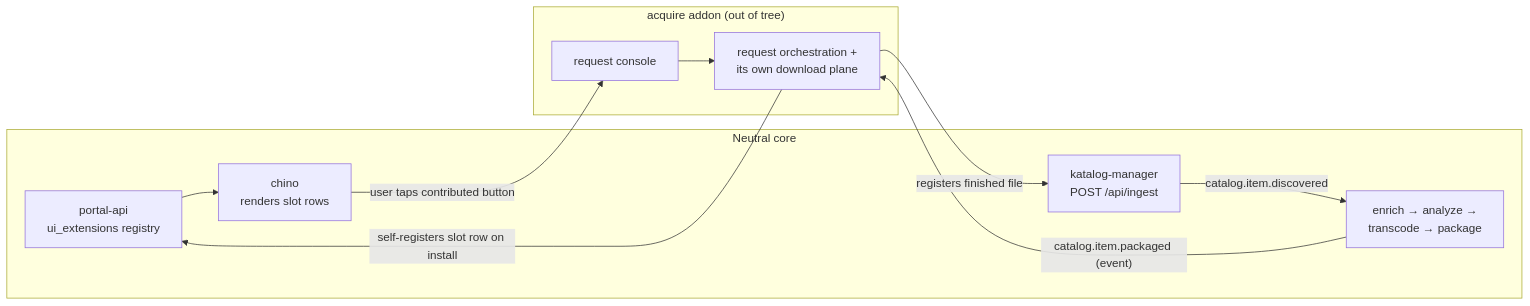
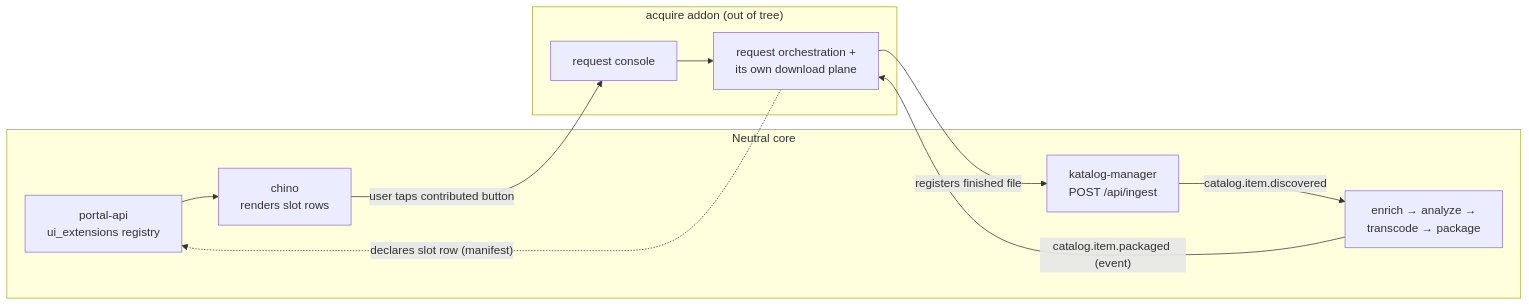
The diagram in docs/adr/0001-neutral-core-and-addon-seams.md (zaentrum/zaentrum), drawn with Mermaid before and after one commit. The commit also changed other lines of this file and 7 other files, not shown here.

````diff
--- a/docs/adr/0001-neutral-core-and-addon-seams.md
+++ b/docs/adr/0001-neutral-core-and-addon-seams.md
@@ -29,20 +29,20 @@
 ```mermaid
 flowchart LR
     subgraph core ["Neutral core"]
         reg["portal-api<br/>ui_extensions registry"]
         chino["chino<br/>renders slot rows"]
         ingest["katalog-manager<br/>POST /api/ingest"]
         pipe["enrich → analyze →<br/>transcode → package"]
     end
     subgraph addon ["acquire addon (out of tree)"]
         spa["request console"]
         orch["request orchestration +<br/>its own download plane"]
     end
-    orch -- "self-registers slot row on install" --> reg
+    orch -. "declares slot row (manifest)" .-> reg
     reg --> chino
     chino -- "user taps contributed button" --> spa
     spa --> orch
     orch -- "registers finished file" --> ingest
     ingest -- "catalog.item.discovered" --> pipe
     pipe -- "catalog.item.packaged (event)" --> orch
 ```
````
